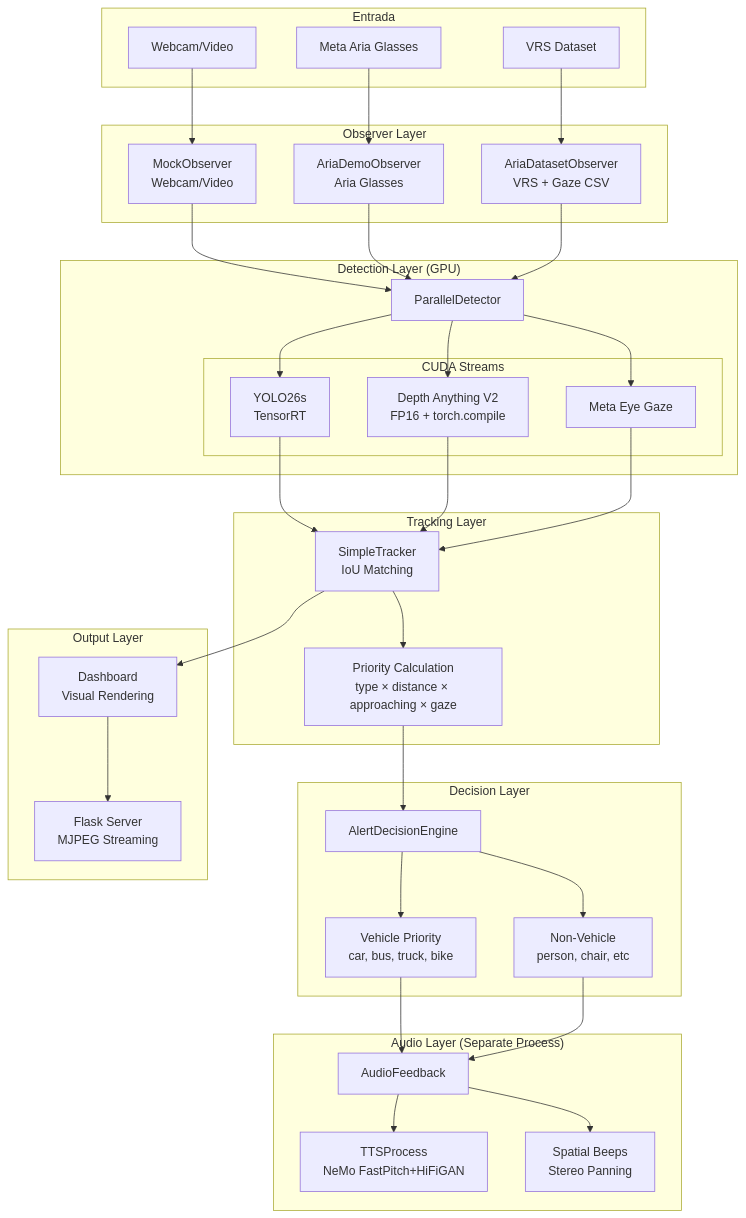
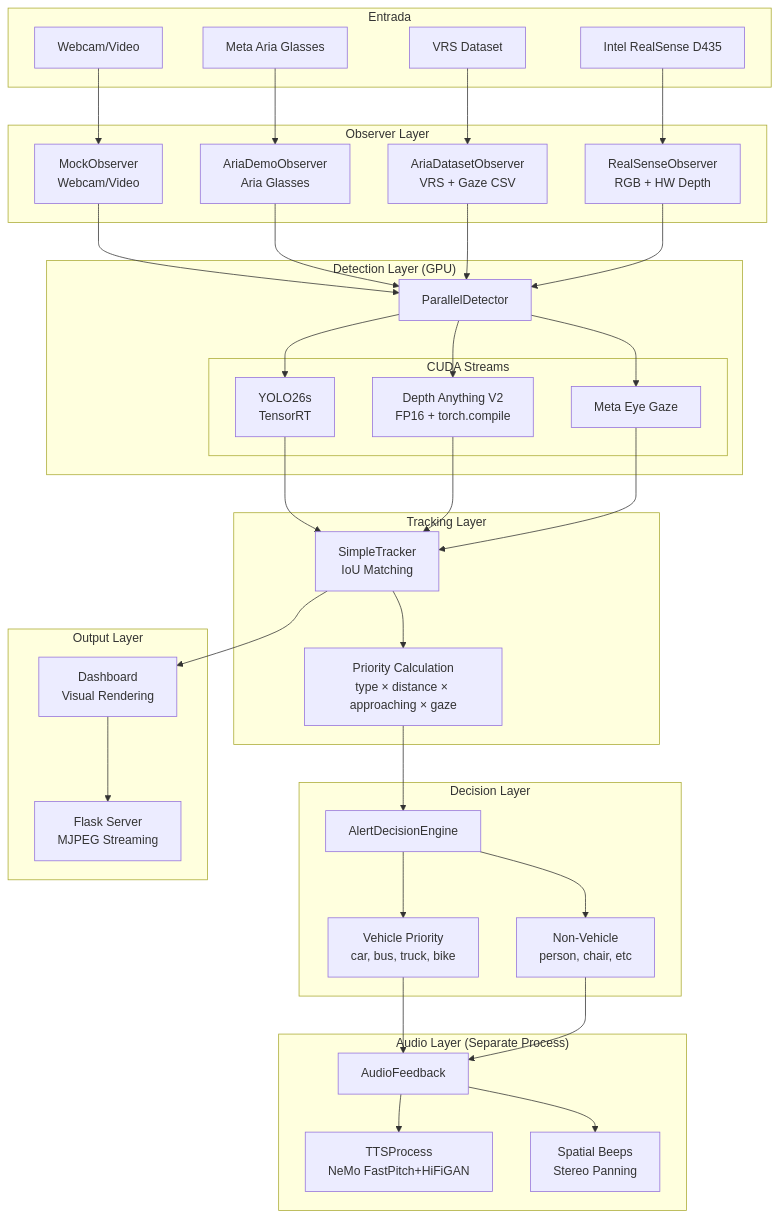
One commit to robertteleng/aria-demo changed the first of 10 diagrams in README.md. Above: the diagram before and after it, drawn with Mermaid. The commit also changed other lines of this file and 10 other files, not shown here.

First line of the commit message:
feat: add Intel RealSense D435 support and Jetson Orin Nano compatibility

````diff
--- a/README.md
+++ b/README.md
@@ -18,76 +23,80 @@
 ```mermaid
 graph TB
     subgraph Input["Entrada"]
         ARIA[Meta Aria Glasses]
         VRS[VRS Dataset]
         WEB[Webcam/Video]
+        RS[Intel RealSense D435]
     end
 
     subgraph Observer["Observer Layer"]
         OBS[MockObserver<br/>Webcam/Video]
         AOBS[AriaDemoObserver<br/>Aria Glasses]
         DOBS[AriaDatasetObserver<br/>VRS + Gaze CSV]
+        ROBS[RealSenseObserver<br/>RGB + HW Depth]
     end
 
     subgraph Detection["Detection Layer (GPU)"]
         DET[ParallelDetector]
         subgraph Models["CUDA Streams"]
             YOLO[YOLO26s<br/>TensorRT]
             DEPTH[Depth Anything V2<br/>FP16 + torch.compile]
             GAZE[Meta Eye Gaze]
         end
     end
 
     subgraph Tracking["Tracking Layer"]
         TRK[SimpleTracker<br/>IoU Matching]
         PRI[Priority Calculation<br/>type × distance × approaching × gaze]
     end
 
     subgraph Decision["Decision Layer"]
         ADE[AlertDecisionEngine]
         VEH[Vehicle Priority<br/>car, bus, truck, bike]
         OTH[Non-Vehicle<br/>person, chair, etc]
     end
 
     subgraph Audio["Audio Layer (Separate Process)"]
         AUD[AudioFeedback]
         TTS[TTSProcess<br/>NeMo FastPitch+HiFiGAN]
         BEEP[Spatial Beeps<br/>Stereo Panning]
     end
 
     subgraph Output["Output Layer"]
         DASH[Dashboard<br/>Visual Rendering]
         SRV[Flask Server<br/>MJPEG Streaming]
     end
 
     ARIA --> AOBS
     VRS --> DOBS
     WEB --> OBS
+    RS --> ROBS
 
     OBS --> DET
     AOBS --> DET
     DOBS --> DET
+    ROBS --> DET
 
     DET --> YOLO
     DET --> DEPTH
     DET --> GAZE
 
     YOLO --> TRK
     DEPTH --> TRK
     GAZE --> TRK
 
     TRK --> PRI
     PRI --> ADE
 
     ADE --> VEH
     ADE --> OTH
 
     VEH --> AUD
     OTH --> AUD
 
     AUD --> TTS
     AUD --> BEEP
 
     TRK --> DASH
     DASH --> SRV
 ```
````
